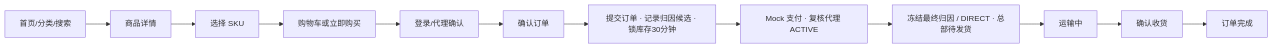
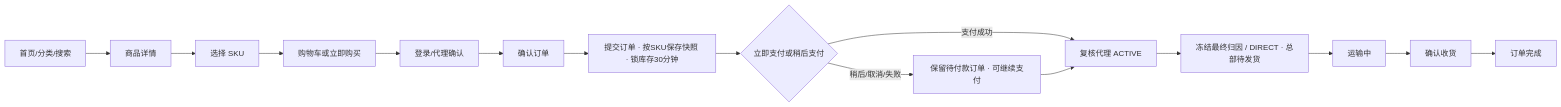
One commit to wuyu222dii/Frontend-ToC-Portal-Admin-Backend-Management-System-for-Private-Domain-Mall changed the second of 2 diagrams in docs/02-方案设计/原型设计方案.md. Above: the diagram before and after it, drawn with Mermaid. The commit also changed other lines of this file and 24 other files, not shown here.

````diff
--- a/docs/02-方案设计/原型设计方案.md
+++ b/docs/02-方案设计/原型设计方案.md
@@ -135,14 +153,17 @@
 ```mermaid
 flowchart LR
   A["首页/分类/搜索"] --> B["商品详情"]
   B --> C["选择 SKU"]
   C --> D["购物车或立即购买"]
   D --> E["登录/代理确认"]
   E --> F["确认订单"]
-  F --> G["提交订单 · 记录归因候选 · 锁库存30分钟"]
-  G --> H["Mock 支付 · 复核代理 ACTIVE"]
-  H --> I["冻结最终归因 / DIRECT · 总部待发货"]
+  F --> G["提交订单 · 按SKU保存快照 · 锁库存30分钟"]
+  G --> H{"立即支付或稍后支付"}
+  H -->|稍后/取消/失败| M["保留待付款订单 · 可继续支付"]
+  H -->|支付成功| N["复核代理 ACTIVE"]
+  M --> N
+  N --> I["冻结最终归因 / DIRECT · 总部待发货"]
   I --> J["运输中"]
   J --> K["确认收货"]
   K --> L["订单完成"]
 ```
````
